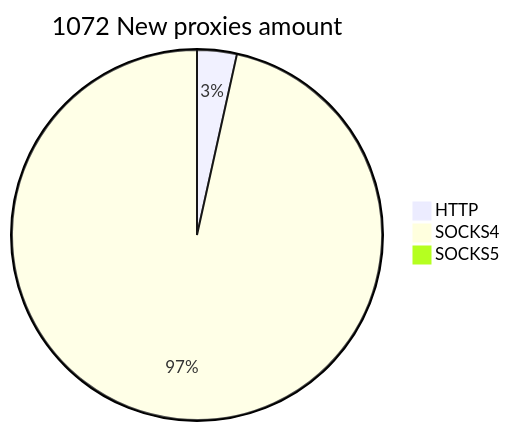
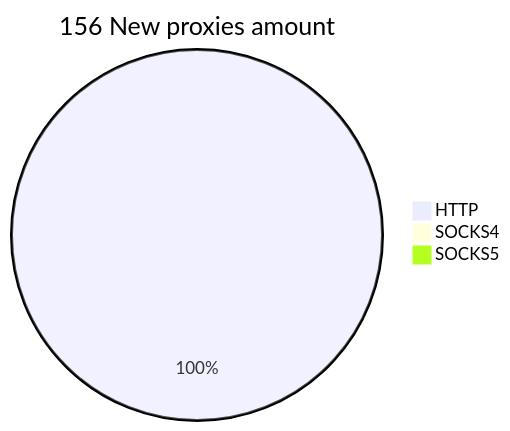
The second of 2 diagrams in README.md (cutipu/proxylist), drawn with Mermaid before and after one commit. The commit also changed other lines of this file, not shown here.

````diff
--- a/README.md
+++ b/README.md
@@ -10,6 +10,6 @@
 ```mermaid
-pie title 1072 New proxies amount
-    "HTTP" : 38
-    "SOCKS4" : 1059
-    "SOCKS5" : 0
+pie title 156 New proxies amount
+    "HTTP" : 210
+    "SOCKS4" : 0
+    "SOCKS5" : 1
 ```
````
